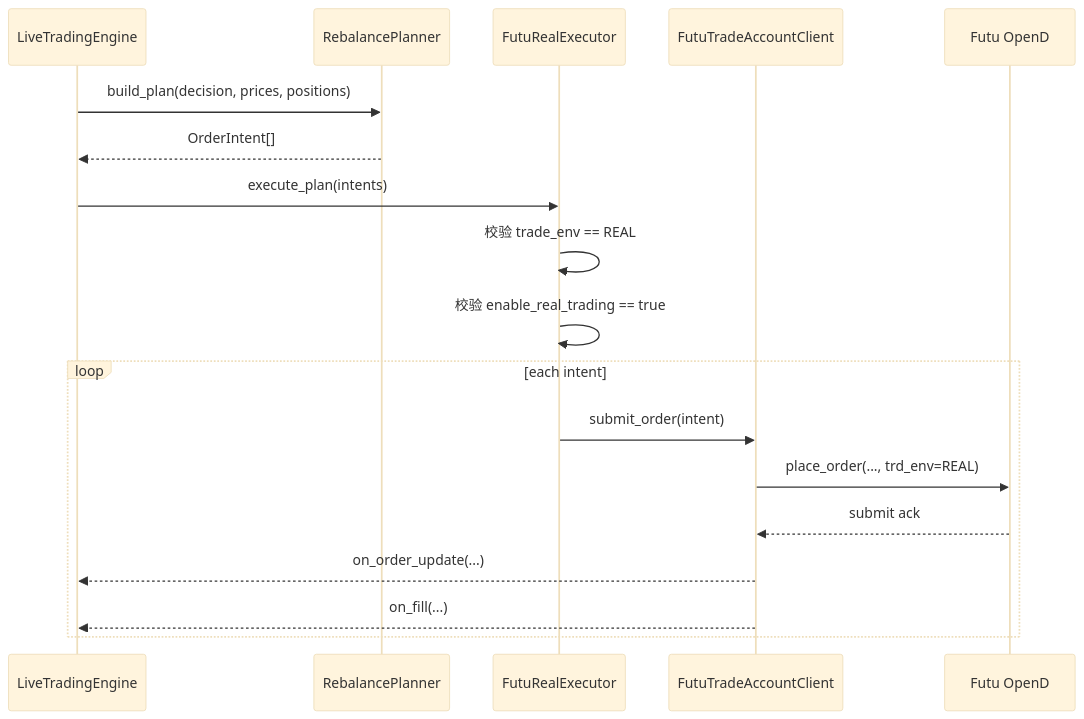
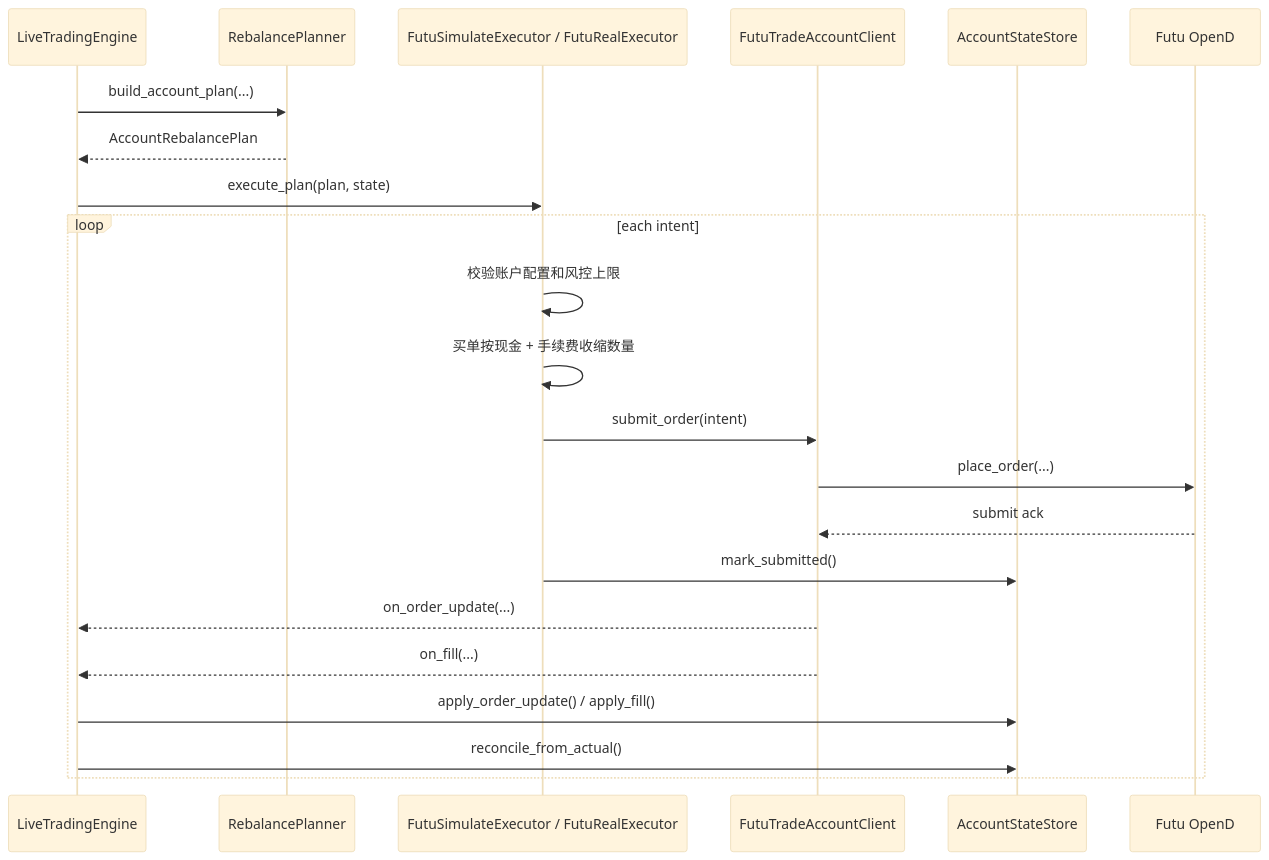
Before and after one commit to hangchow/backtest: the third of 3 diagrams in docs/README_livetrading_real_order_plan.md, drawn with Mermaid (base theme). The commit also changed other lines of this file and 33 other files, not shown here.

Commit message:
Refactor livetrading config and execution flow

````diff
--- a/docs/README_livetrading_real_order_plan.md
+++ b/docs/README_livetrading_real_order_plan.md
@@ -446,23 +190,26 @@
 ```mermaid
 sequenceDiagram
     participant ENG as LiveTradingEngine
     participant PLAN as RebalancePlanner
-    participant EXE as FutuRealExecutor
+    participant EXE as FutuSimulateExecutor / FutuRealExecutor
     participant TAC as FutuTradeAccountClient
+    participant STORE as AccountStateStore
     participant FUTU as Futu OpenD
 
-    ENG->>PLAN: build_plan(decision, prices, positions)
-    PLAN-->>ENG: OrderIntent[]
-    ENG->>EXE: execute_plan(intents)
-
-    EXE->>EXE: 校验 trade_env == REAL
-    EXE->>EXE: 校验 enable_real_trading == true
+    ENG->>PLAN: build_account_plan(...)
+    PLAN-->>ENG: AccountRebalancePlan
+    ENG->>EXE: execute_plan(plan, state)
 
     loop each intent
+        EXE->>EXE: 校验账户配置和风控上限
+        EXE->>EXE: 买单按现金 + 手续费收缩数量
         EXE->>TAC: submit_order(intent)
-        TAC->>FUTU: place_order(..., trd_env=REAL)
+        TAC->>FUTU: place_order(...)
         FUTU-->>TAC: submit ack
+        EXE->>STORE: mark_submitted()
         TAC-->>ENG: on_order_update(...)
         TAC-->>ENG: on_fill(...)
+        ENG->>STORE: apply_order_update() / apply_fill()
+        ENG->>STORE: reconcile_from_actual()
     end
 ```
````
